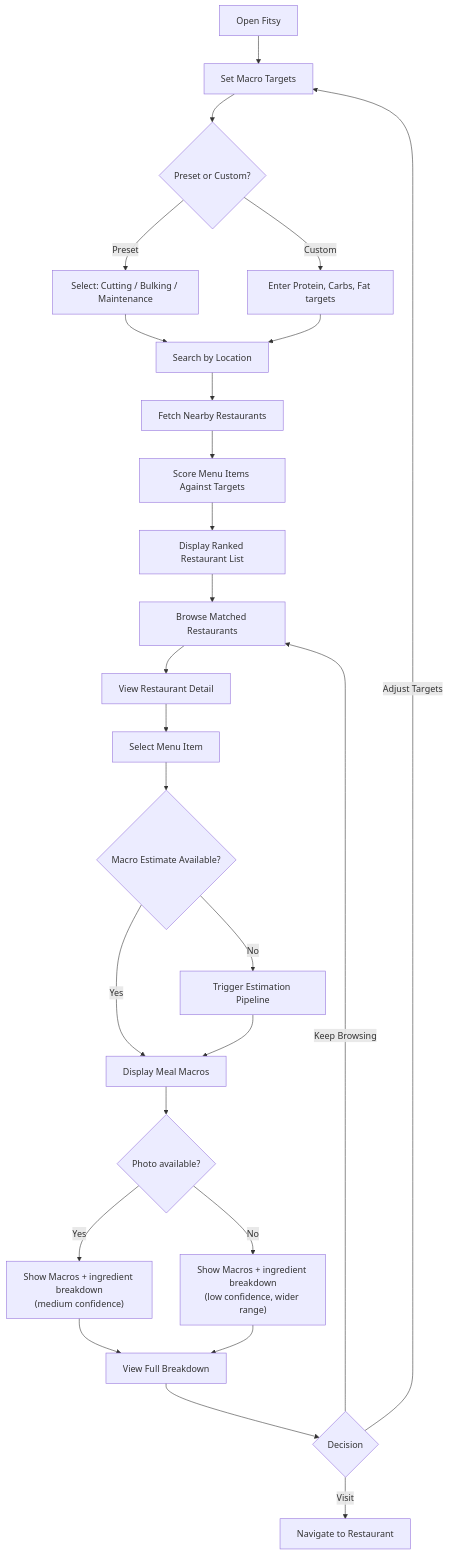
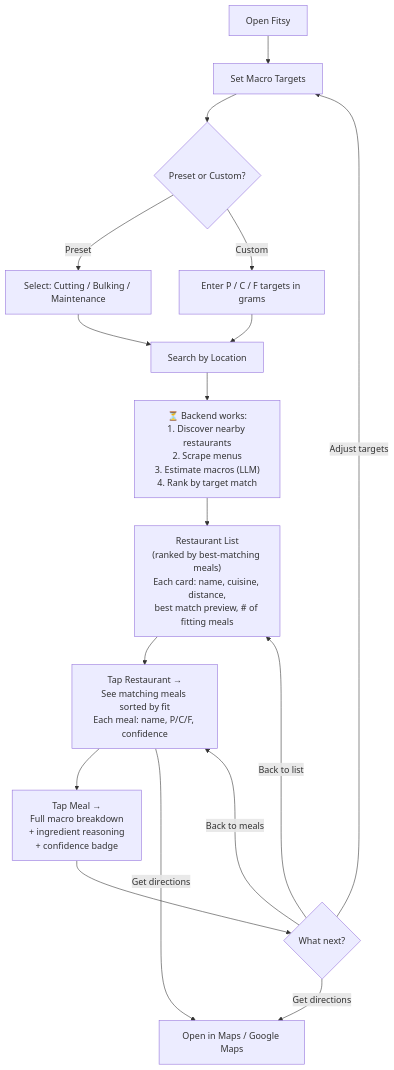
One commit to dgmolla/fitsy changed the first of 2 diagrams in docs/product/specs/vision-prd.md. Above: the diagram before and after it, drawn with Mermaid. The commit also changed 1 other file, not shown here.

Commit message:
Fix user flow: estimation happens before browsing, not during
Backend does all work upfront (discover → scrape → estimate → rank)
before user sees results. User flow is now:

1. Set targets + location → loading
2. Browse ranked restaurant list (not meals)
3. Tap restaurant → see matching meals sorted by fit
4. Tap meal → full breakdown + ingredient reasoning
5. Get directions → open in Maps / Google Maps

Also added "Get directions" button to restaurant detail and meal
detail screens in the design brief.

````diff
--- a/docs/product/specs/vision-prd.md
+++ b/docs/product/specs/vision-prd.md
@@ -96,34 +96,25 @@
 ```mermaid
 flowchart TD
     A[Open Fitsy] --> B[Set Macro Targets]
     B --> B1{Preset or Custom?}
     B1 -->|Preset| B2[Select: Cutting / Bulking / Maintenance]
-    B1 -->|Custom| B3[Enter Protein, Carbs, Fat targets]
+    B1 -->|Custom| B3[Enter P / C / F targets in grams]
     B2 --> C[Search by Location]
     B3 --> C
 
-    C --> D[Fetch Nearby Restaurants]
-    D --> E[Score Menu Items Against Targets]
-    E --> F[Display Ranked Restaurant List]
+    C --> Loading["⏳ Backend works:<br/>1. Discover nearby restaurants<br/>2. Scrape menus<br/>3. Estimate macros (LLM)<br/>4. Rank by target match"]
 
-    F --> G[Browse Matched Restaurants]
-    G --> H[View Restaurant Detail]
-    H --> I[Select Menu Item]
+    Loading --> List["Restaurant List<br/>(ranked by best-matching meals)<br/>Each card: name, cuisine, distance,<br/>best match preview, # of fitting meals"]
 
-    I --> J{Macro Estimate Available?}
-    J -->|Yes| K[Display Meal Macros]
-    J -->|No| L[Trigger Estimation Pipeline]
-    L --> K
+    List --> Restaurant["Tap Restaurant →<br/>See matching meals sorted by fit<br/>Each meal: name, P/C/F, confidence"]
 
-    K --> M{"Photo available?"}
-    M -->|Yes| N["Show Macros + ingredient breakdown<br/>(medium confidence)"]
-    M -->|No| O["Show Macros + ingredient breakdown<br/>(low confidence, wider range)"]
+    Restaurant --> Meal["Tap Meal →<br/>Full macro breakdown<br/>+ ingredient reasoning<br/>+ confidence badge"]
 
-    N --> Q[View Full Breakdown]
-    O --> Q
+    Meal --> R{What next?}
+    R -->|"Get directions"| Maps["Open in Maps / Google Maps"]
+    R -->|"Back to meals"| Restaurant
+    R -->|"Back to list"| List
+    R -->|"Adjust targets"| B
 
-    Q --> R{Decision}
-    R -->|Visit| S[Navigate to Restaurant]
-    R -->|Keep Browsing| G
-    R -->|Adjust Targets| B
+    Restaurant -->|"Get directions"| Maps
 ```
````
